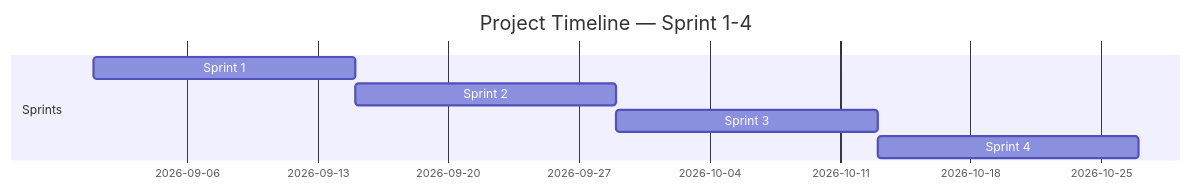
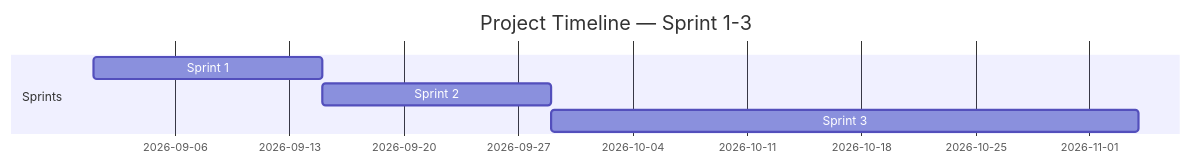
The diagram in Week 08/sprint-backlog-template.md (wutthiphatnuamnim-tech/J.V.O.C), drawn with Mermaid before and after one commit. The commit also changed other lines of this file, not shown here.

Commit message:
update sprint backlog template with revised timelines and user stories

````diff
--- a/Week 08/sprint-backlog-template.md
+++ b/Week 08/sprint-backlog-template.md
@@ -19,10 +19,10 @@
 ```mermaid
 gantt
-    title Project Timeline — Sprint 1-4
+    title Project Timeline — Sprint 1-3
     dateFormat  YYYY-MM-DD
     section Sprints
     Sprint 1 :s1, 2026-09-01, 14d
     Sprint 2 :s2, after s1, 14d
-    Sprint 3 :s3, after s2, 14d
-    Sprint 4 :s4, after s3, 14d
+    Sprint 3 :s3, after s2, 36d
+  
 ```
````
